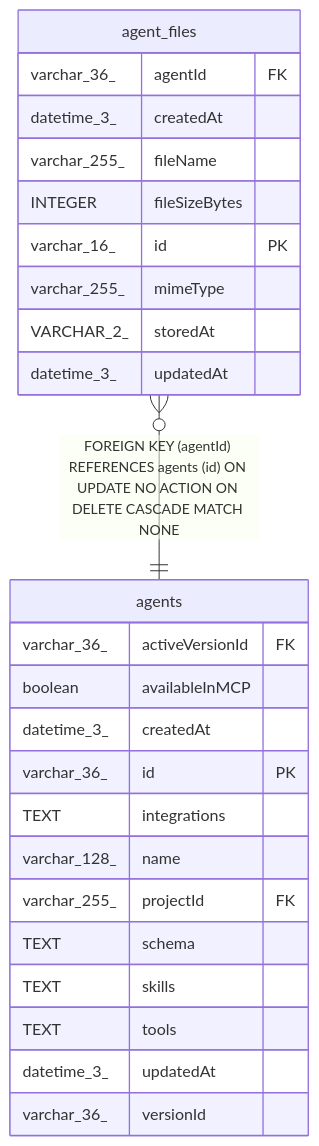
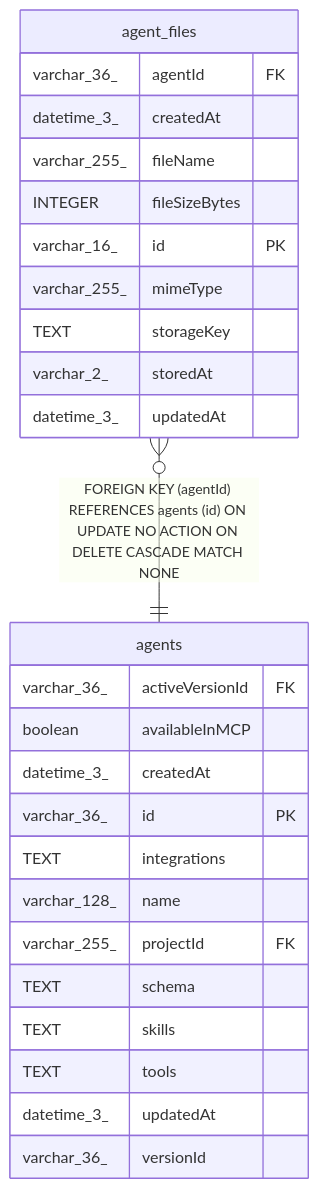
The diagram in docs/generated/sqlite-schema/agent_files.md (mayankjain1815-commits/n8n), drawn with Mermaid before and after one commit. The commit also changed other lines of this file and 7 other files, not shown here.

````diff
--- a/docs/generated/sqlite-schema/agent_files.md
+++ b/docs/generated/sqlite-schema/agent_files.md
@@ -46,30 +48,31 @@
 ```mermaid
 erDiagram
 
 "agent_files" }o--|| "agents" : "FOREIGN KEY (agentId) REFERENCES agents (id) ON UPDATE NO ACTION ON DELETE CASCADE MATCH NONE"
 
 "agent_files" {
   varchar_36_ agentId FK
   datetime_3_ createdAt
   varchar_255_ fileName
   INTEGER fileSizeBytes
   varchar_16_ id PK
   varchar_255_ mimeType
-  VARCHAR_2_ storedAt
+  TEXT storageKey
+  varchar_2_ storedAt
   datetime_3_ updatedAt
 }
 "agents" {
   varchar_36_ activeVersionId FK
   boolean availableInMCP
   datetime_3_ createdAt
   varchar_36_ id PK
   TEXT integrations
   varchar_128_ name
   varchar_255_ projectId FK
   TEXT schema
   TEXT skills
   TEXT tools
   datetime_3_ updatedAt
   varchar_36_ versionId
 }
 ```
````
